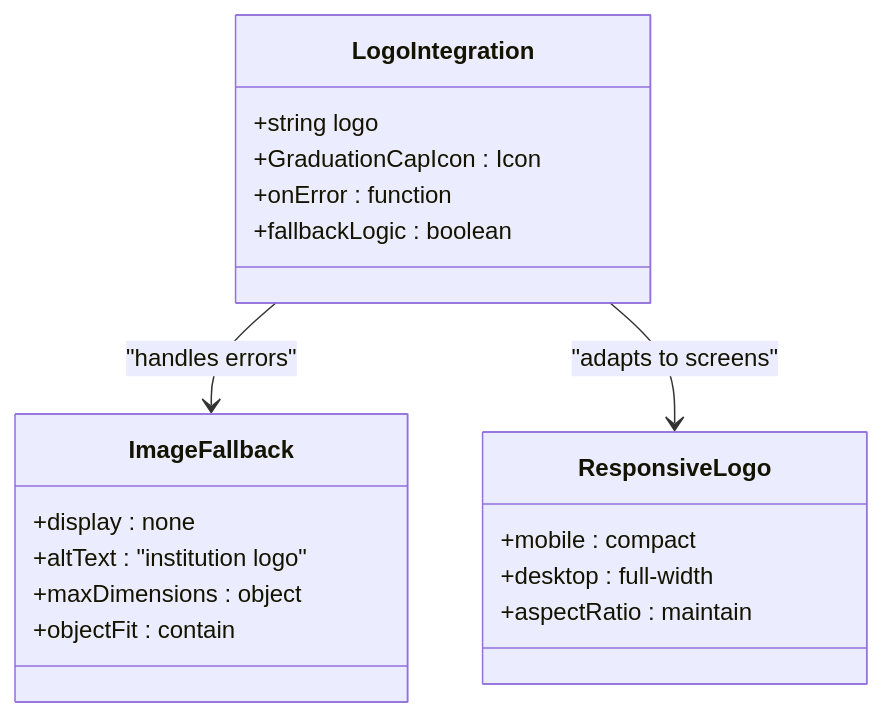
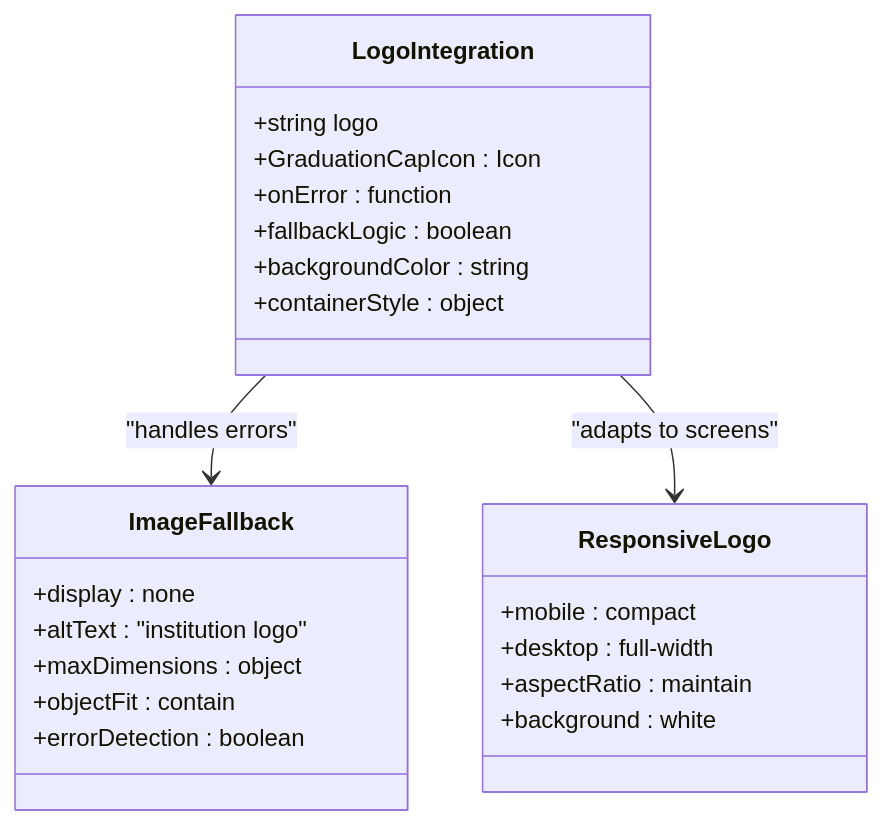
One commit to subash7781/Portfolio changed the eighth of 11 diagrams in .qoder/repowiki/en/content/Component Library & UI Elements/EducationSection Component.md. Above: the diagram before and after it, drawn with Mermaid. The commit also changed other lines of this file and 2 other files, not shown here.

````diff
--- a/.qoder/repowiki/en/content/Component Library & UI Elements/EducationSection Component.md
+++ b/.qoder/repowiki/en/content/Component Library & UI Elements/EducationSection Component.md
@@ -431,22 +434,26 @@
 ```mermaid
 classDiagram
 class LogoIntegration {
 +string logo
 +GraduationCapIcon : Icon
 +onError : function
 +fallbackLogic : boolean
++backgroundColor : string
++containerStyle : object
 }
 class ImageFallback {
 +display : none
 +altText : "institution logo"
 +maxDimensions : object
 +objectFit : contain
++errorDetection : boolean
 }
 class ResponsiveLogo {
 +mobile : compact
 +desktop : full-width
 +aspectRatio : maintain
++background : white
 }
 LogoIntegration --> ImageFallback : "handles errors"
 LogoIntegration --> ResponsiveLogo : "adapts to screens"
 ```
````
